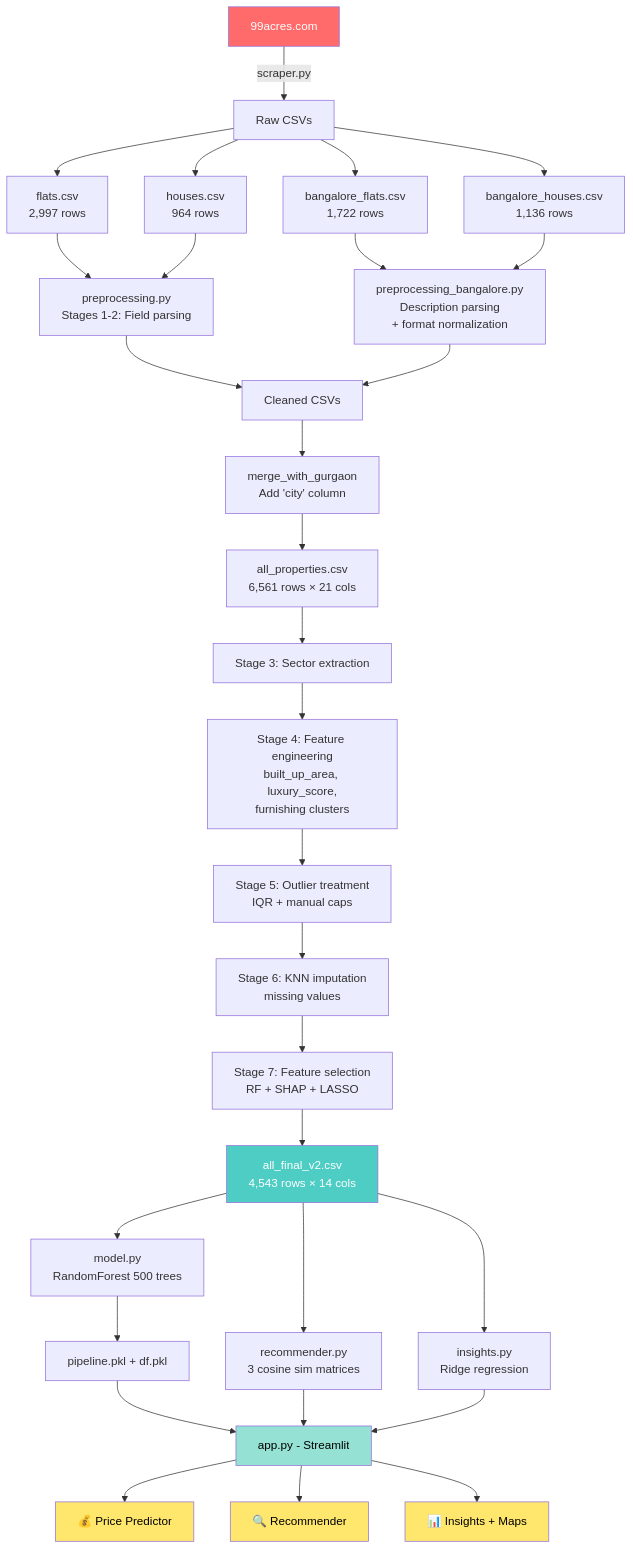
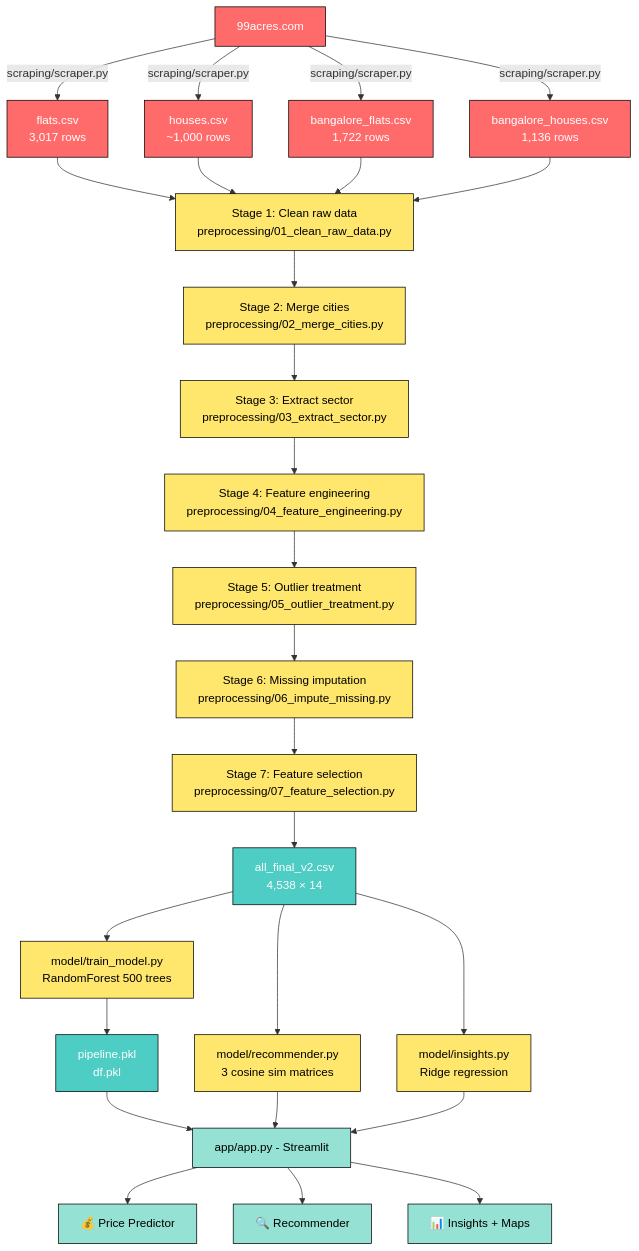
One commit to protoydebroy/real-estate-intelligence changed the diagram in README.md. Above: the diagram before and after it, drawn with Mermaid. The commit also changed other lines of this file and 30 other files, not shown here.

````diff
--- a/README.md
+++ b/README.md
@@ -42,48 +46,43 @@
 ```mermaid
 flowchart TD
-    A[99acres.com] -->|scraper.py| B[Raw CSVs]
-    B --> B1[flats.csv<br/>2,997 rows]
-    B --> B2[houses.csv<br/>964 rows]
-    B --> B3[bangalore_flats.csv<br/>1,722 rows]
-    B --> B4[bangalore_houses.csv<br/>1,136 rows]
+    classDef raw      fill:#FF6B6B,color:#fff,stroke:#000
+    classDef stage    fill:#FFE66D,color:#000,stroke:#000
+    classDef artifact fill:#4ECDC4,color:#fff,stroke:#000
+    classDef ui       fill:#95E1D3,color:#000,stroke:#000
 
-    B1 --> C[preprocessing.py<br/>Stages 1-2: Field parsing]
-    B2 --> C
-    B3 --> D[preprocessing_bangalore.py<br/>Description parsing<br/>+ format normalization]
-    B4 --> D
+    A[99acres.com]:::raw
 
-    C --> E[Cleaned CSVs]
-    D --> E
+    A -->|scraping/scraper.py| B1[flats.csv<br/>3,017 rows]:::raw
+    A -->|scraping/scraper.py| B2[houses.csv<br/>~1,000 rows]:::raw
+    A -->|scraping/scraper.py| B3[bangalore_flats.csv<br/>1,722 rows]:::raw
+    A -->|scraping/scraper.py| B4[bangalore_houses.csv<br/>1,136 rows]:::raw
 
-    E --> F[merge_with_gurgaon<br/>Add 'city' column]
-    F --> G[all_properties.csv<br/>6,561 rows × 21 cols]
+    B1 --> S1
+    B2 --> S1
+    B3 --> S1
+    B4 --> S1
 
-    G --> H[Stage 3: Sector extraction]
-    H --> I[Stage 4: Feature engineering<br/>built_up_area, luxury_score,<br/>furnishing clusters]
-    I --> J[Stage 5: Outlier treatment<br/>IQR + manual caps]
-    J --> K[Stage 6: KNN imputation<br/>missing values]
-    K --> L[Stage 7: Feature selection<br/>RF + SHAP + LASSO]
+    S1[Stage 1: Clean raw data<br/>preprocessing/01_clean_raw_data.py]:::stage
+    S1 --> S2[Stage 2: Merge cities<br/>preprocessing/02_merge_cities.py]:::stage
+    S2 --> S3[Stage 3: Extract sector<br/>preprocessing/03_extract_sector.py]:::stage
+    S3 --> S4[Stage 4: Feature engineering<br/>preprocessing/04_feature_engineering.py]:::stage
+    S4 --> S5[Stage 5: Outlier treatment<br/>preprocessing/05_outlier_treatment.py]:::stage
+    S5 --> S6[Stage 6: Missing imputation<br/>preprocessing/06_impute_missing.py]:::stage
+    S6 --> S7[Stage 7: Feature selection<br/>preprocessing/07_feature_selection.py]:::stage
 
-    L --> M[all_final_v2.csv<br/>4,543 rows × 14 cols]
+    S7 --> D[all_final_v2.csv<br/>4,538 × 14]:::artifact
 
-    M --> N[model.py<br/>RandomForest 500 trees]
-    M --> O[recommender.py<br/>3 cosine sim matrices]
-    M --> P[insights.py<br/>Ridge regression]
+    D --> M[model/train_model.py<br/>RandomForest 500 trees]:::stage
+    D --> R[model/recommender.py<br/>3 cosine sim matrices]:::stage
+    D --> I[model/insights.py<br/>Ridge regression]:::stage
 
-    N --> Q[pipeline.pkl + df.pkl]
+    M --> P[pipeline.pkl<br/>df.pkl]:::artifact
 
-    Q --> R[app.py - Streamlit]
-    O --> R
-    P --> R
+    P --> APP[app/app.py - Streamlit]:::ui
+    R --> APP
+    I --> APP
 
-    R --> S[💰 Price Predictor]
-    R --> T[🔍 Recommender]
-    R --> U[📊 Insights + Maps]
-
-    style A fill:#FF6B6B,color:#fff
-    style M fill:#4ECDC4,color:#fff
-    style R fill:#95E1D3,color:#000
-    style S fill:#FFE66D,color:#000
-    style T fill:#FFE66D,color:#000
-    style U fill:#FFE66D,color:#000
+    APP --> U1[💰 Price Predictor]:::ui
+    APP --> U2[🔍 Recommender]:::ui
+    APP --> U3[📊 Insights + Maps]:::ui
 ```
````
